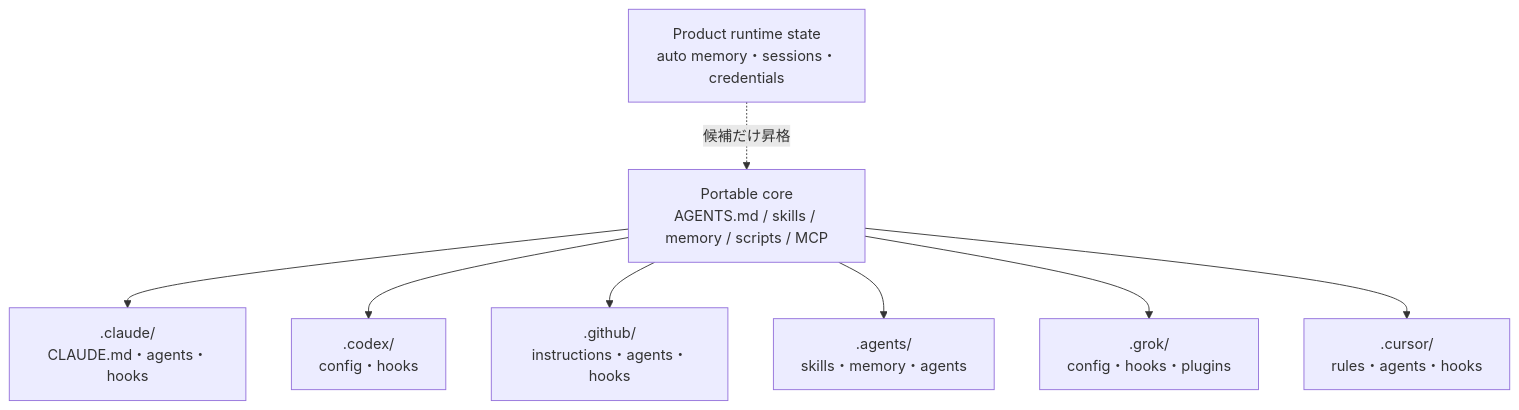
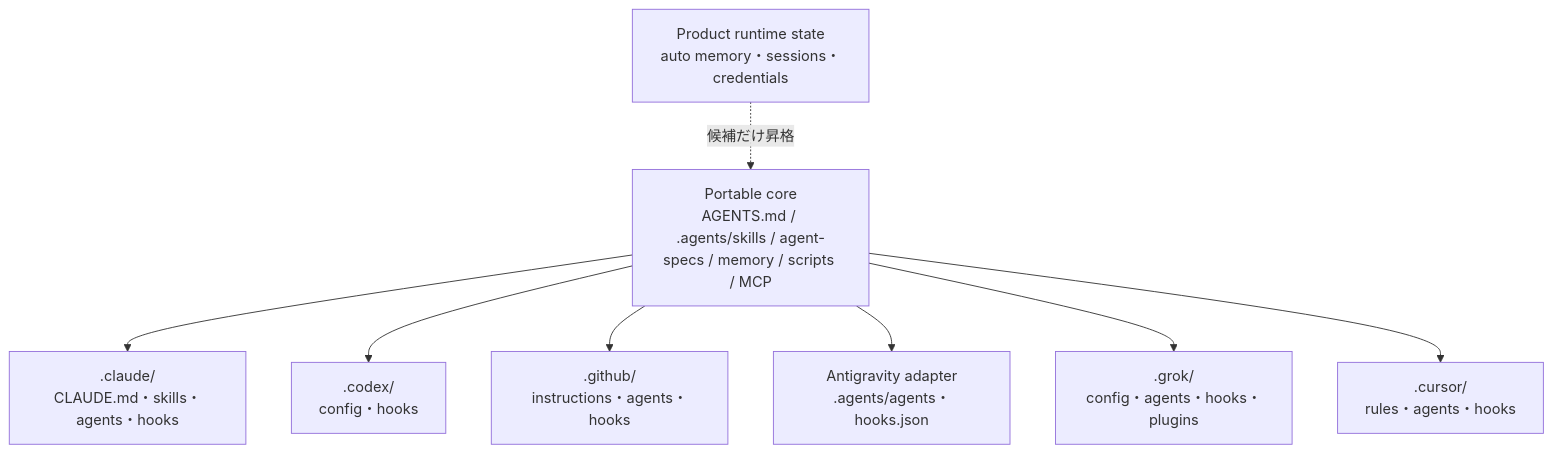
One commit to suwa-sh/zenn-contents changed the third of 4 diagrams in articles/agentic-coding-clis_20260807.md. Above: the diagram before and after it, drawn with Mermaid. The commit also changed other lines of this file, not shown here.

````diff
--- a/articles/agentic-coding-clis_20260807.md
+++ b/articles/agentic-coding-clis_20260807.md
@@ -254,11 +282,11 @@
 ```mermaid
 flowchart TD
-    CORE["Portable core<br/>AGENTS.md / skills / memory / scripts / MCP"]
-    CORE --> CL[".claude/<br/>CLAUDE.md・agents・hooks"]
+    CORE["Portable core<br/>AGENTS.md / .agents/skills / agent-specs / memory / scripts / MCP"]
+    CORE --> CL[".claude/<br/>CLAUDE.md・skills・agents・hooks"]
     CORE --> CX[".codex/<br/>config・hooks"]
     CORE --> GH[".github/<br/>instructions・agents・hooks"]
-    CORE --> AG[".agents/<br/>skills・memory・agents"]
-    CORE --> GR[".grok/<br/>config・hooks・plugins"]
+    CORE --> AG["Antigravity adapter<br/>.agents/agents・hooks.json"]
+    CORE --> GR[".grok/<br/>config・agents・hooks・plugins"]
     CORE --> CU[".cursor/<br/>rules・agents・hooks"]
     AUTO["Product runtime state<br/>auto memory・sessions・credentials"] -. "候補だけ昇格" .-> CORE
 ```
````
